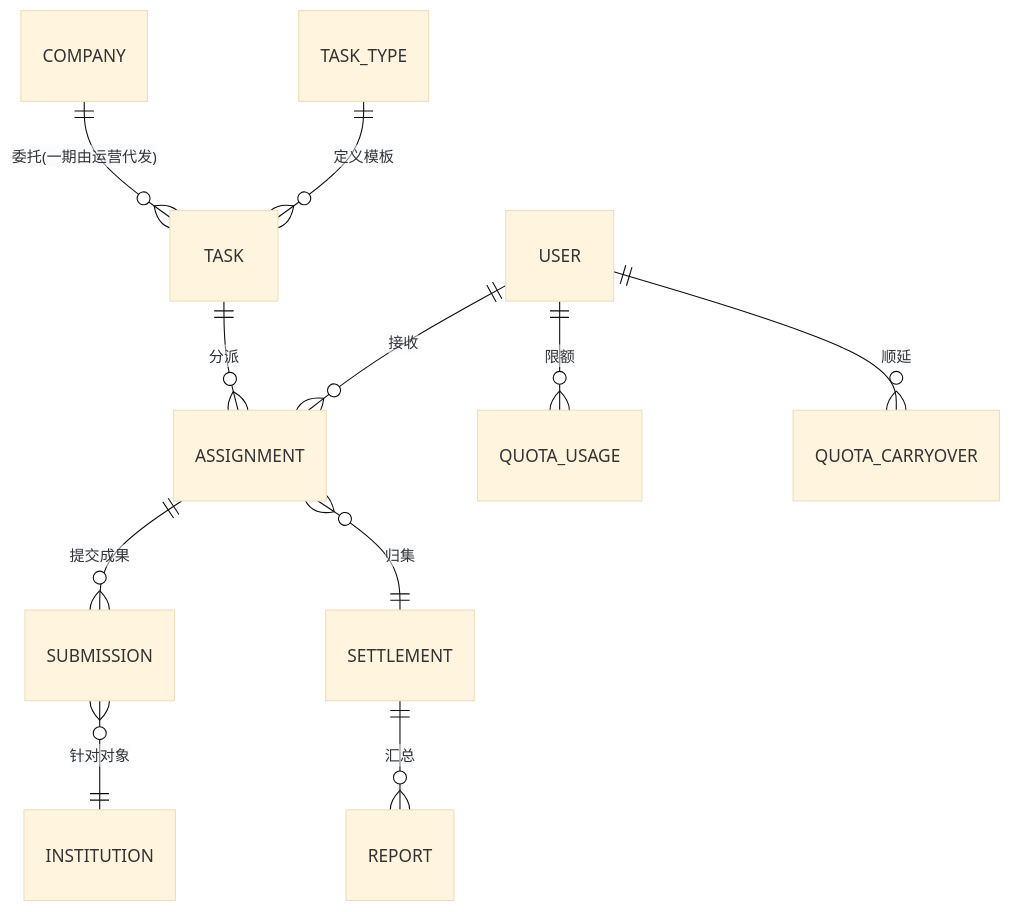
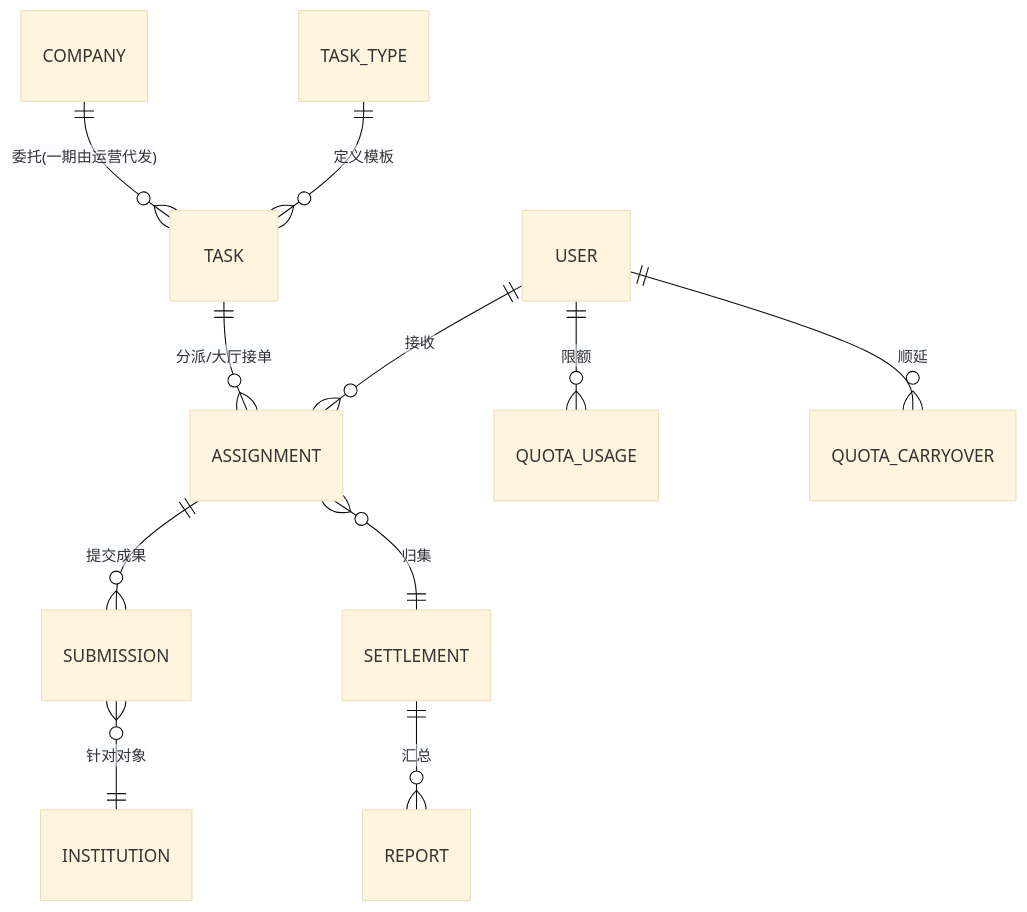
Before and after one commit to Echo-Note/FastapiAdmin: the second of 5 diagrams in docs/02-系统设计文档.md, drawn with Mermaid (base theme). The commit also changed other lines of this file and 33 other files, not shown here.

````diff
--- a/docs/02-系统设计文档.md
+++ b/docs/02-系统设计文档.md
@@ -75,13 +75,13 @@
 ```mermaid
 erDiagram
     COMPANY ||--o{ TASK : "委托(一期由运营代发)"
     TASK_TYPE ||--o{ TASK : "定义模板"
-    TASK ||--o{ ASSIGNMENT : "分派"
+    TASK ||--o{ ASSIGNMENT : "分派/大厅接单"
     USER ||--o{ ASSIGNMENT : "接收"
     ASSIGNMENT ||--o{ SUBMISSION : "提交成果"
     SUBMISSION }o--|| INSTITUTION : "针对对象"
     ASSIGNMENT }o--|| SETTLEMENT : "归集"
     USER ||--o{ QUOTA_USAGE : "限额"
     USER ||--o{ QUOTA_CARRYOVER : "顺延"
     SETTLEMENT ||--o{ REPORT : "汇总"
 ```
````
